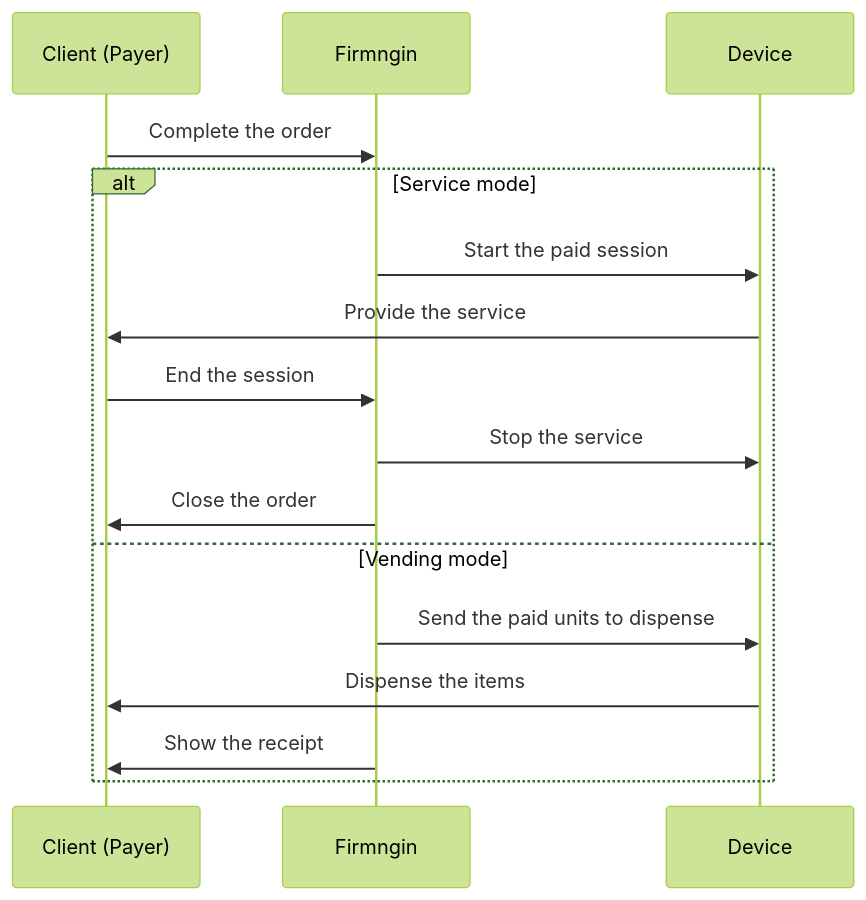
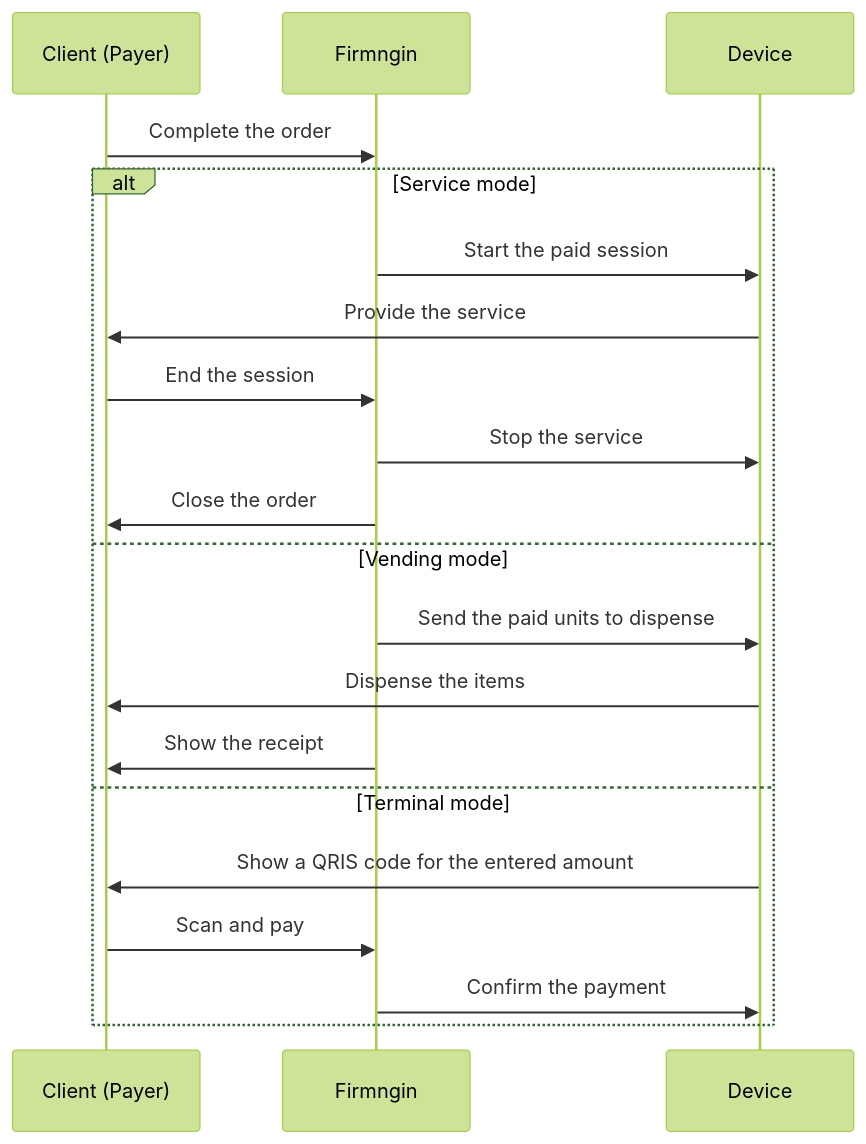
Before and after one commit to firmngin/docs: the first of 3 diagrams in monetization.mdx, drawn with Mermaid (forest theme). The commit also changed other lines of this file and 3 other files, not shown here.

Commit message:
docs(monetization): add Terminal business mode

````diff
--- a/monetization.mdx
+++ b/monetization.mdx
@@ -20,18 +20,22 @@
 ```mermaid actions={false}
 sequenceDiagram
     participant Client as Client (Payer)
     participant Firmngin
     participant Device
     Client->>Firmngin: Complete the order
     alt Service mode
         Firmngin->>Device: Start the paid session
         Device->>Client: Provide the service
         Client->>Firmngin: End the session
         Firmngin->>Device: Stop the service
         Firmngin->>Client: Close the order
     else Vending mode
         Firmngin->>Device: Send the paid units to dispense
         Device->>Client: Dispense the items
         Firmngin->>Client: Show the receipt
+    else Terminal mode
+        Device->>Client: Show a QRIS code for the entered amount
+        Client->>Firmngin: Scan and pay
+        Firmngin->>Device: Confirm the payment
     end
 ```
````
